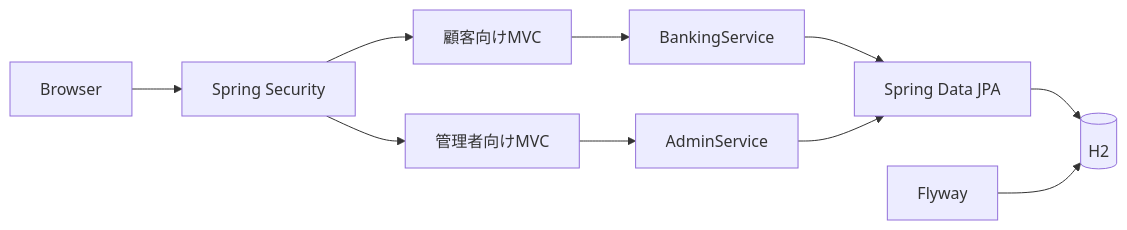
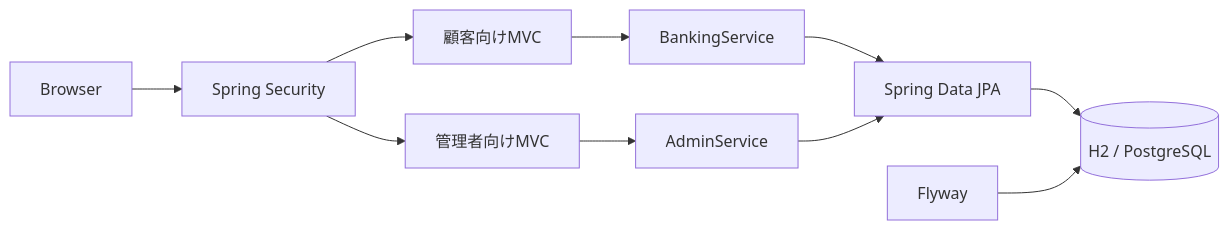
One commit to nakapachi/modern-bank-demo changed the first of 2 diagrams in README.md. Above: the diagram before and after it, drawn with Mermaid. The commit also changed other lines of this file, not shown here.

````diff
--- a/README.md
+++ b/README.md
@@ -37,12 +47,12 @@
 ```mermaid
 flowchart LR
     Browser --> Security[Spring Security]
     Security --> Customer[顧客向けMVC]
     Security --> Admin[管理者向けMVC]
     Customer --> Service[BankingService]
     Admin --> AdminService[AdminService]
     Service --> Repository[Spring Data JPA]
     AdminService --> Repository
-    Repository --> DB[(H2)]
+    Repository --> DB[(H2 / PostgreSQL)]
     Flyway --> DB
 ```
````
